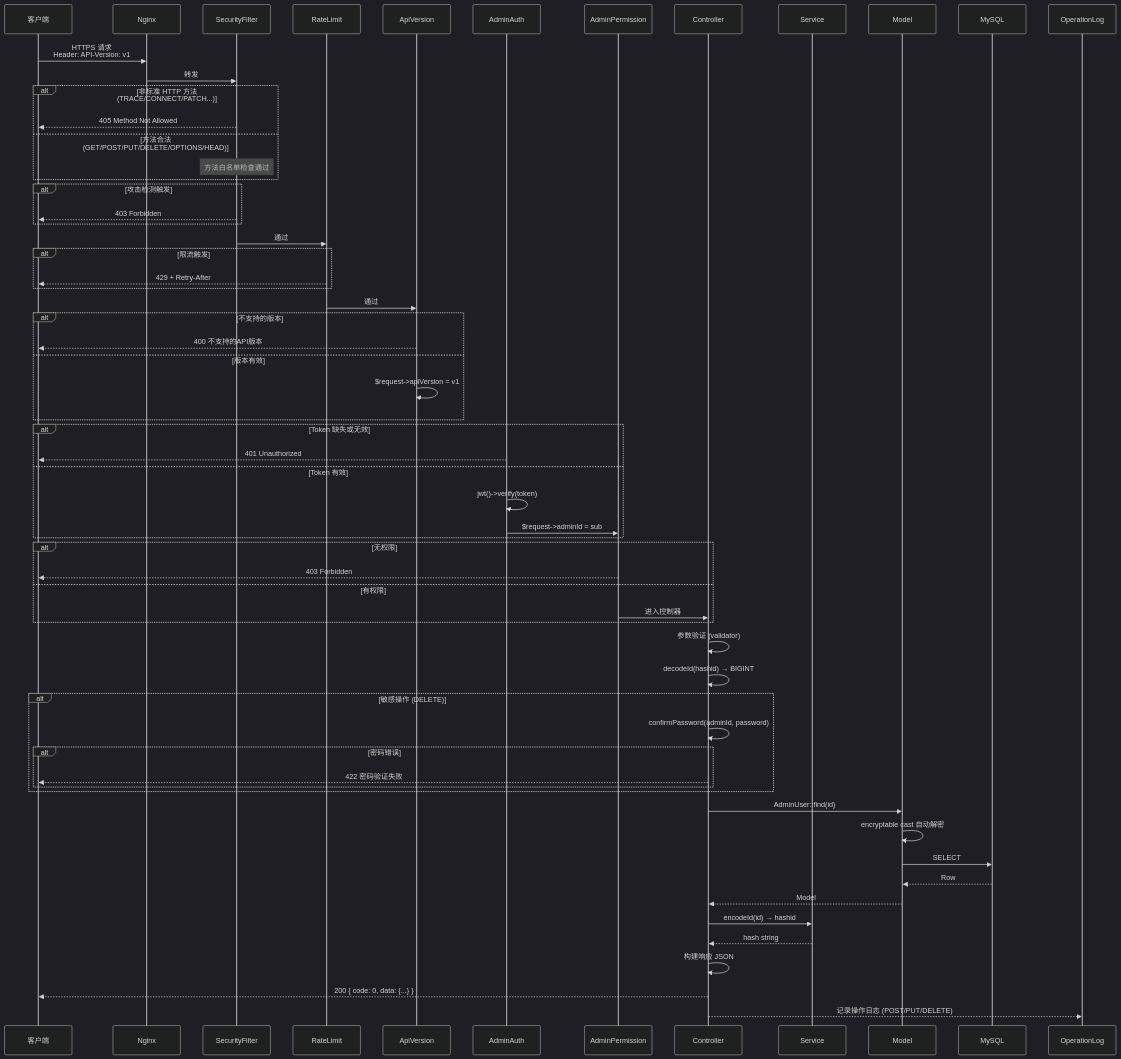
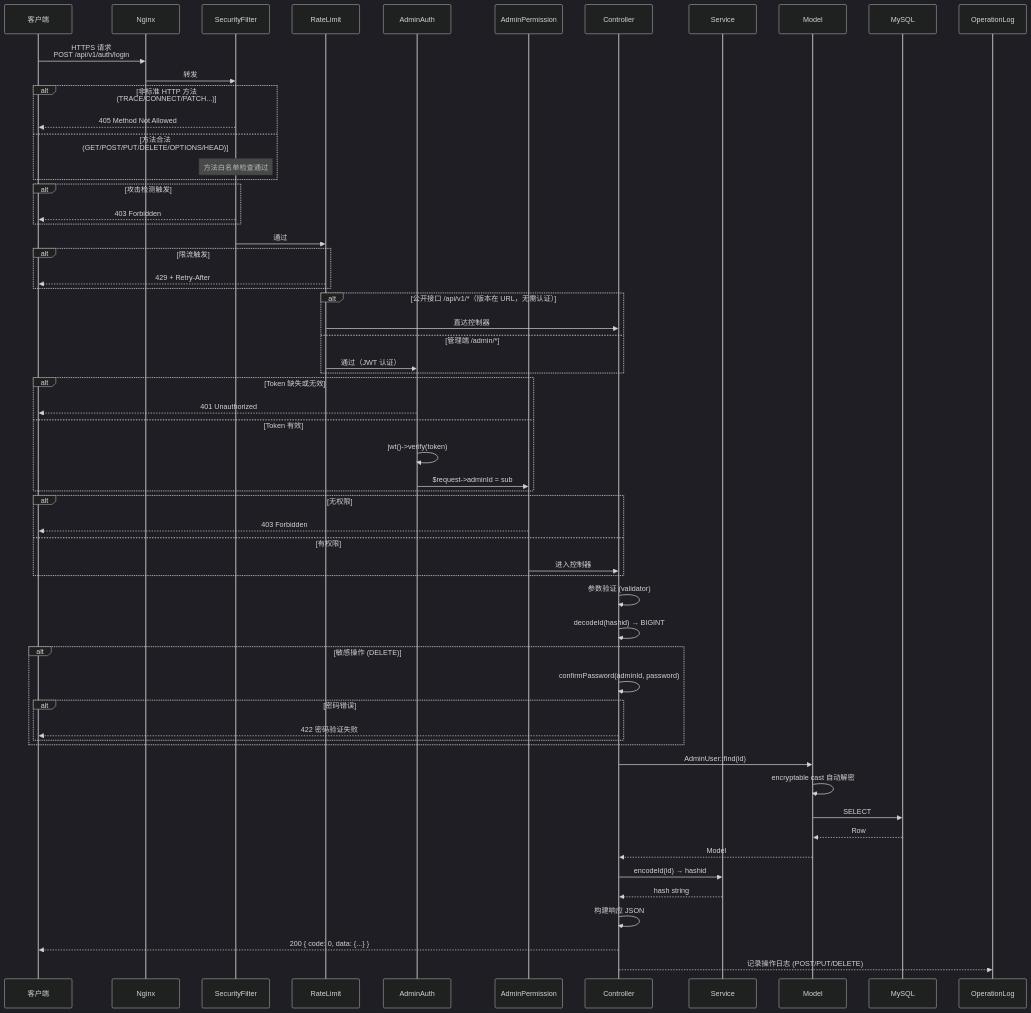
The third of 14 diagrams in admin/docs/ARCHITECTURE.md (erikwang2013/property-management-platform), drawn with Mermaid (dark theme) before and after one commit. The commit also changed other lines of this file and 101 other files, not shown here.

First line of the commit message:
P19 URL 版本路由交付：API 版本从请求头迁入接口路由（/api/v1/*、/service/v1/*、/open/v1/*）+ HarmonyOS/loadtest 适配 + 中英与 12 语言文档全量同步 + CHANGELOG v1.3.0

````diff
--- a/admin/docs/ARCHITECTURE.md
+++ b/admin/docs/ARCHITECTURE.md
@@ -145,78 +145,75 @@
 ```mermaid
 sequenceDiagram
     participant C as 客户端
     participant N as Nginx
     participant MW_SF as SecurityFilter
     participant MW_RL as RateLimit
-    participant MW0 as ApiVersion
     participant MW1 as AdminAuth
     participant MW2 as AdminPermission
     participant CTL as Controller
     participant SVC as Service
     participant MDL as Model
     participant DB as MySQL
     participant OPLOG as OperationLog
 
-    C->>N: HTTPS 请求<br/>Header: API-Version: v1
+    C->>N: HTTPS 请求<br/>POST /api/v1/auth/login
     N->>MW_SF: 转发
 
     alt 非标准 HTTP 方法 (TRACE/CONNECT/PATCH...)
         MW_SF-->>C: 405 Method Not Allowed
     else 方法合法 (GET/POST/PUT/DELETE/OPTIONS/HEAD)
         Note over MW_SF: 方法白名单检查通过
     end
 
     alt 攻击检测触发
         MW_SF-->>C: 403 Forbidden
     end
 
     MW_SF->>MW_RL: 通过
 
     alt 限流触发
         MW_RL-->>C: 429 + Retry-After
     end
 
-    MW_RL->>MW0: 通过
-
-    alt 不支持的版本
-        MW0-->>C: 400 不支持的API版本
-    else 版本有效
-        MW0->>MW0: $request->apiVersion = v1
+    alt 公开接口 /api/v1/*（版本在 URL，无需认证）
+        MW_RL->>CTL: 直达控制器
+    else 管理端 /admin/*
+        MW_RL->>MW1: 通过（JWT 认证）
     end
 
     alt Token 缺失或无效
         MW1-->>C: 401 Unauthorized
     else Token 有效
         MW1->>MW1: jwt()->verify(token)
         MW1->>MW2: $request->adminId = sub
     end
 
     alt 无权限
         MW2-->>C: 403 Forbidden
     else 有权限
         MW2->>CTL: 进入控制器
     end
 
     CTL->>CTL: 参数验证 (validator)
     CTL->>CTL: decodeId(hashid) → BIGINT
 
     alt 敏感操作 (DELETE)
         CTL->>CTL: confirmPassword(adminId, password)
         alt 密码错误
             CTL-->>C: 422 密码验证失败
         end
     end
 
     CTL->>MDL: AdminUser::find(id)
     MDL->>MDL: encryptable cast 自动解密
     MDL->>DB: SELECT
     DB-->>MDL: Row
     MDL-->>CTL: Model
 
     CTL->>SVC: encodeId(id) → hashid
     SVC-->>CTL: hash string
 
     CTL->>CTL: 构建响应 JSON
     CTL-->>C: 200 { code: 0, data: {...} }
     CTL-->>OPLOG: 记录操作日志 (POST/PUT/DELETE)
 ```
````
